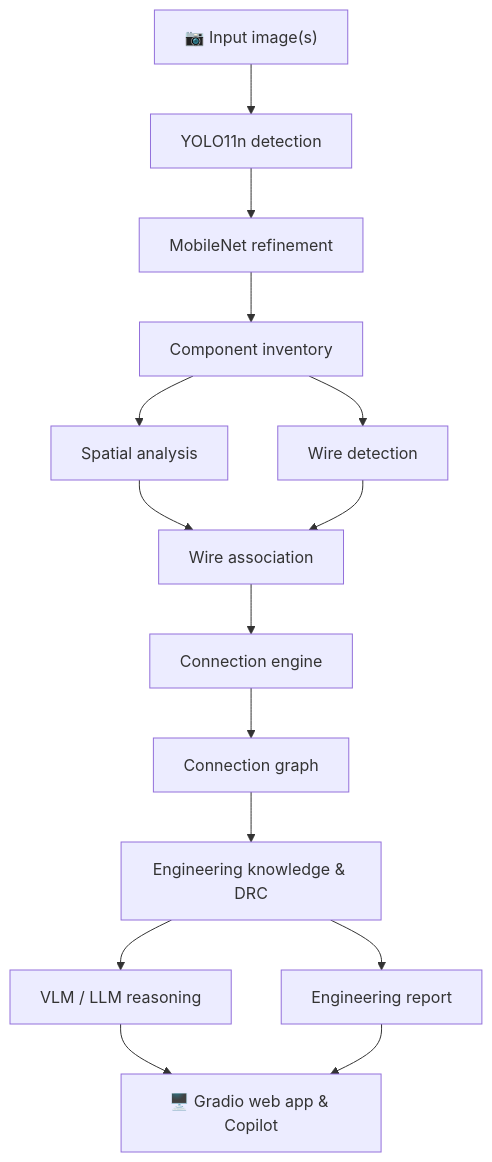
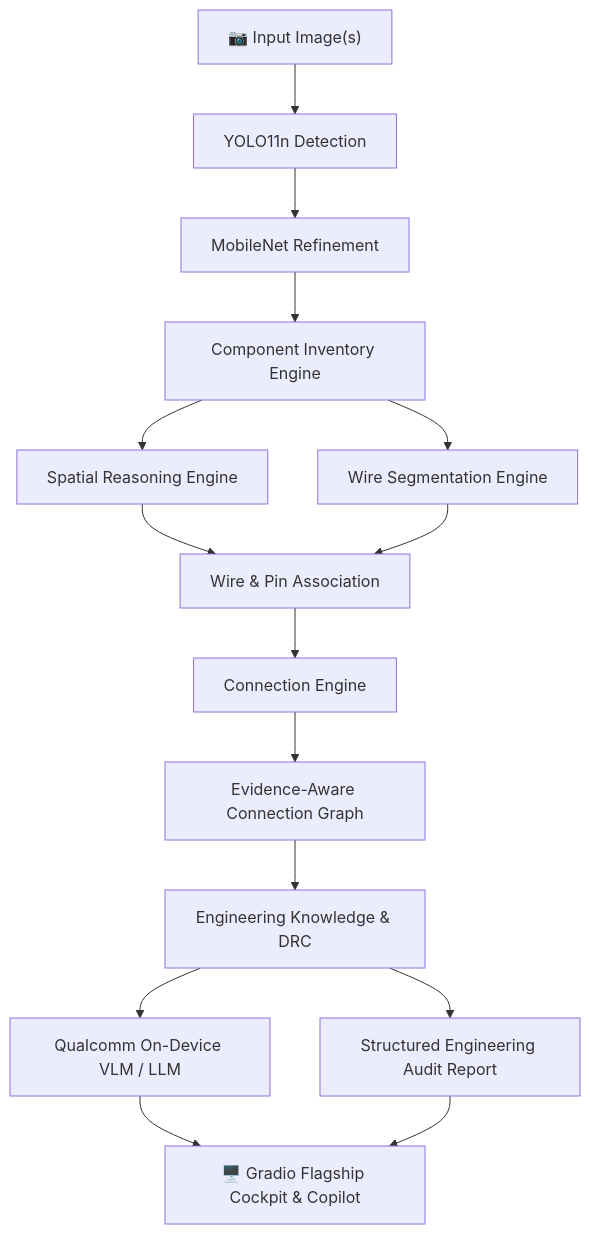
One commit to iblamepuru/SnapLabAI changed the diagram in README.md. Above: the diagram before and after it, drawn with Mermaid. The commit also changed other lines of this file, not shown here.

````diff
--- a/README.md
+++ b/README.md
@@ -123,17 +129,17 @@
 ```mermaid
 flowchart TD
-    A["📷 Input image(s)"] --> B[YOLO11n detection]
-    B --> C[MobileNet refinement]
-    C --> D[Component inventory]
-    D --> E[Spatial analysis]
-    D --> F[Wire detection]
-    E --> G[Wire association]
+    A["📷 Input Image(s)"] --> B[YOLO11n Detection]
+    B --> C[MobileNet Refinement]
+    C --> D[Component Inventory Engine]
+    D --> E[Spatial Reasoning Engine]
+    D --> F[Wire Segmentation Engine]
+    E --> G[Wire & Pin Association]
     F --> G
-    G --> H[Connection engine]
-    H --> I[Connection graph]
-    I --> J[Engineering knowledge & DRC]
-    J --> K[VLM / LLM reasoning]
-    J --> L[Engineering report]
-    K --> M["🖥️ Gradio web app & Copilot"]
+    G --> H[Connection Engine]
+    H --> I[Evidence-Aware Connection Graph]
+    I --> J[Engineering Knowledge & DRC]
+    J --> K[Qualcomm On-Device VLM / LLM]
+    J --> L[Structured Engineering Audit Report]
+    K --> M["🖥️ Gradio Flagship Cockpit & Copilot"]
     L --> M
 ```
````
